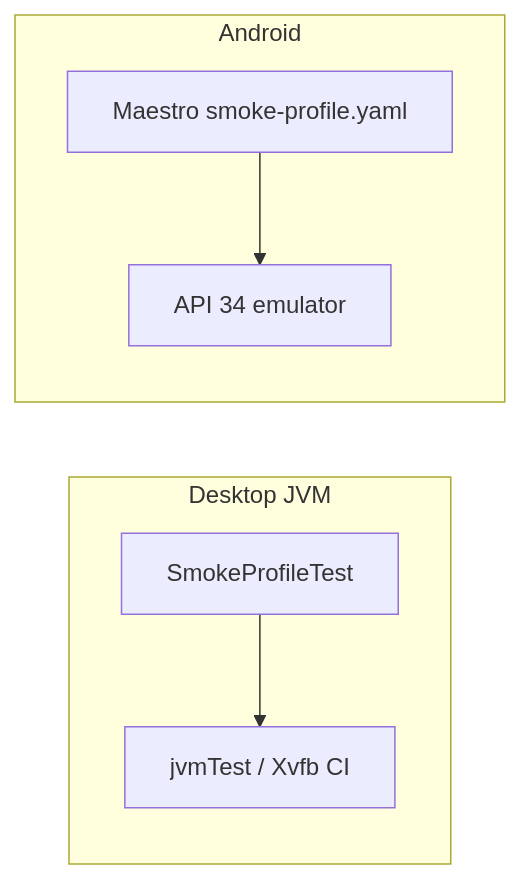
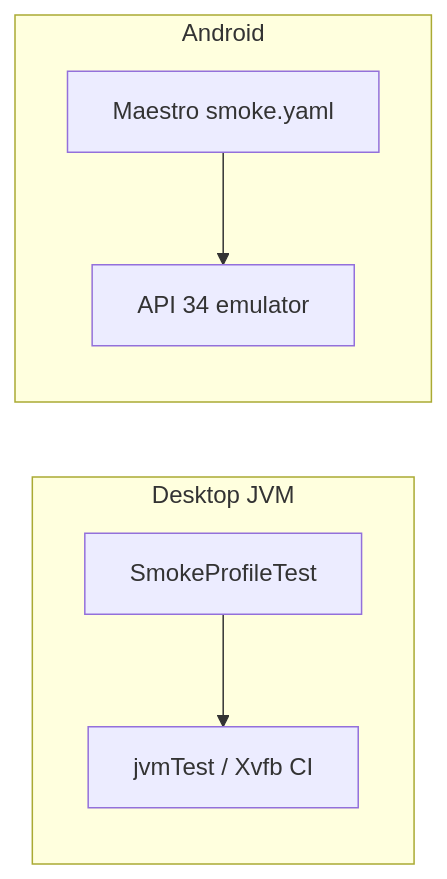
The diagram in docs/E2E_TESTING_HANDOFF.md (Bible-Translation-Tools/BTT-Writer), drawn with Mermaid before and after one commit. The commit also changed other lines of this file and 3 other files, not shown here.

Commit message:
refactor to parent flow file

````diff
--- a/docs/E2E_TESTING_HANDOFF.md
+++ b/docs/E2E_TESTING_HANDOFF.md
@@ -150,13 +155,13 @@
 ```mermaid
 flowchart LR
   subgraph desktop [Desktop JVM]
     smokeTest["SmokeProfileTest"]
     jvmTest["jvmTest / Xvfb CI"]
   end
   subgraph android [Android]
-    maestro["Maestro smoke-profile.yaml"]
+    maestro["Maestro smoke.yaml"]
     emulator["API 34 emulator"]
   end
   smokeTest --> jvmTest
   maestro --> emulator
 ```
````
